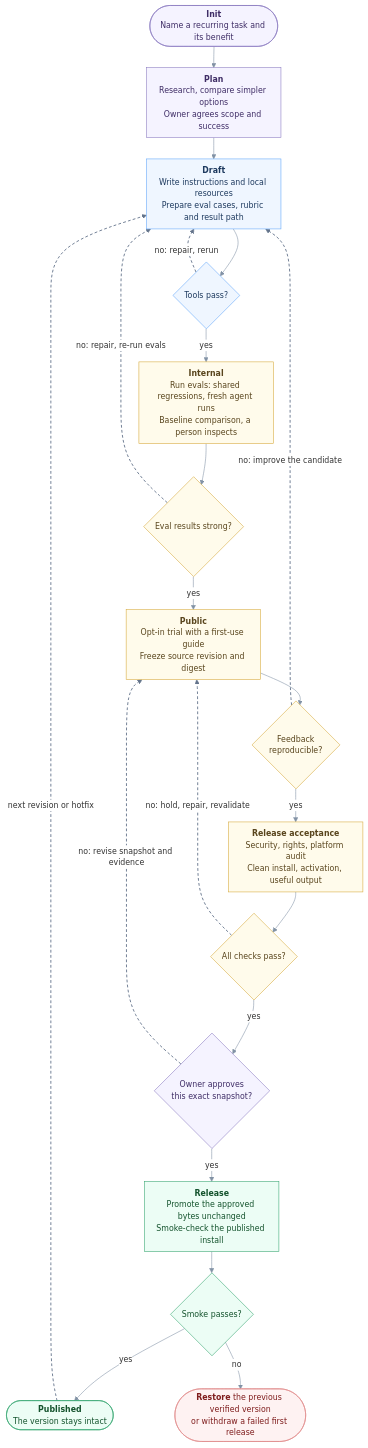
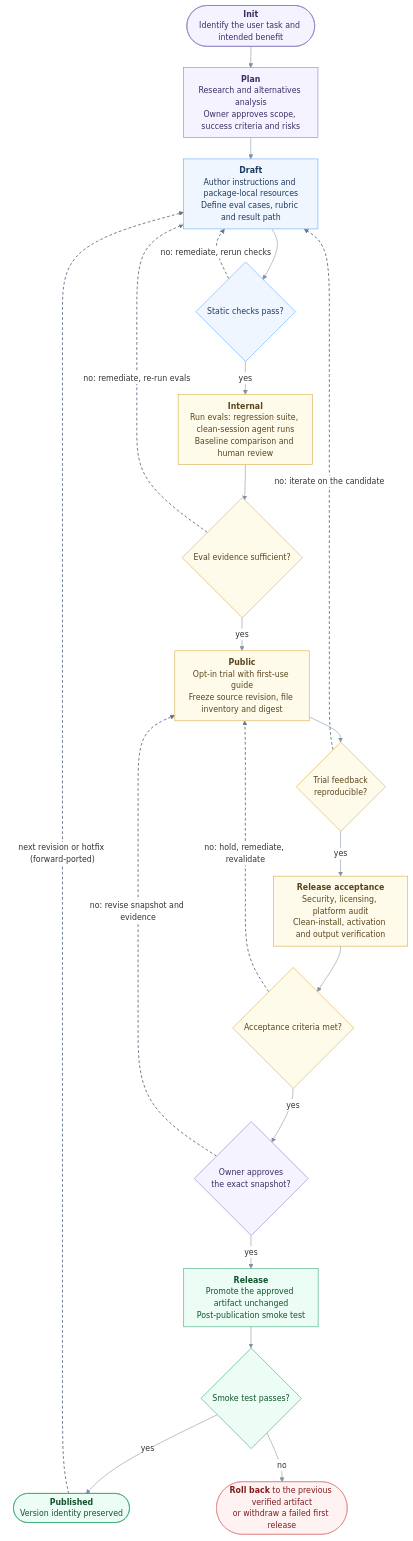
One commit to ClydeShen/skills changed the diagram in knowledge/skill-lifecycle/README.md. Above: the diagram before and after it, drawn with Mermaid. The commit also changed other lines of this file, not shown here.

Commit message:
docs(lifecycle): use professional terms in the lifecycle diagram
Claude-Session: https://claude.ai/code/session_01SA5kRZNw6HYr8hEBAyUCQE

````diff
--- a/knowledge/skill-lifecycle/README.md
+++ b/knowledge/skill-lifecycle/README.md
@@ -19,47 +19,47 @@
 ```mermaid
 %%{init: {"theme": "base", "fontFamily": "Arial, sans-serif", "flowchart": {"curve": "basis", "nodeSpacing": 40, "rankSpacing": 38, "htmlLabels": true, "padding": 10}, "themeVariables": {"fontSize": "14px", "lineColor": "#8292A5", "edgeLabelBackground": "#FFFFFF"}}}%%
 flowchart TB
-    init(["<b>Init</b><br/>Name a recurring task and its benefit"])
-    plan["<b>Plan</b><br/>Research, compare simpler options<br/>Owner agrees scope and success"]
-    draft["<b>Draft</b><br/>Write instructions and local resources<br/>Prepare eval cases, rubric and result path"]
-    d1{"Tools pass?"}
-    internal["<b>Internal</b><br/>Run evals: shared regressions, fresh agent runs<br/>Baseline comparison, a person inspects"]
-    d2{"Eval results strong?"}
-    public["<b>Public</b><br/>Opt-in trial with a first-use guide<br/>Freeze source revision and digest"]
-    d3{"Feedback<br/>reproducible?"}
-    accept["<b>Release acceptance</b><br/>Security, rights, platform audit<br/>Clean install, activation, useful output"]
-    d4{"All checks pass?"}
-    d5{"Owner approves<br/>this exact snapshot?"}
-    release["<b>Release</b><br/>Promote the approved bytes unchanged<br/>Smoke-check the published install"]
-    d6{"Smoke passes?"}
-    live(["<b>Published</b><br/>The version stays intact"])
-    undo(["<b>Restore</b> the previous verified version<br/>or withdraw a failed first release"])
+    init(["<b>Init</b><br/>Identify the user task and intended benefit"])
+    plan["<b>Plan</b><br/>Research and alternatives analysis<br/>Owner approves scope, success criteria and risks"]
+    draft["<b>Draft</b><br/>Author instructions and package-local resources<br/>Define eval cases, rubric and result path"]
+    d1{"Static checks pass?"}
+    internal["<b>Internal</b><br/>Run evals: regression suite, clean-session agent runs<br/>Baseline comparison and human review"]
+    d2{"Eval evidence sufficient?"}
+    public["<b>Public</b><br/>Opt-in trial with first-use guide<br/>Freeze source revision, file inventory and digest"]
+    d3{"Trial feedback<br/>reproducible?"}
+    accept["<b>Release acceptance</b><br/>Security, licensing, platform audit<br/>Clean-install, activation and output verification"]
+    d4{"Acceptance criteria met?"}
+    d5{"Owner approves<br/>the exact snapshot?"}
+    release["<b>Release</b><br/>Promote the approved artifact unchanged<br/>Post-publication smoke test"]
+    d6{"Smoke test passes?"}
+    live(["<b>Published</b><br/>Version identity preserved"])
+    undo(["<b>Roll back</b> to the previous verified artifact<br/>or withdraw a failed first release"])
 
     init --> plan --> draft --> d1
     d1 -- yes --> internal --> d2
     d2 -- yes --> public --> d3
     d3 -- yes --> accept --> d4
     d4 -- yes --> d5
     d5 -- yes --> release --> d6
     d6 -- yes --> live
     d6 -- no --> undo
 
-    d1 -. "no: repair, rerun" .-> draft
-    d2 -. "no: repair, re-run evals" .-> draft
-    d3 -. "no: improve the candidate" .-> draft
-    d4 -. "no: hold, repair, revalidate" .-> public
+    d1 -. "no: remediate, rerun checks" .-> draft
+    d2 -. "no: remediate, re-run evals" .-> draft
+    d3 -. "no: iterate on the candidate" .-> draft
+    d4 -. "no: hold, remediate, revalidate" .-> public
     d5 -. "no: revise snapshot and evidence" .-> public
-    live -. "next revision or hotfix" .-> draft
+    live -. "next revision or hotfix (forward-ported)" .-> draft
 
     classDef person fill:#F5F3FF,stroke:#8B7BC0,color:#3F2D66
     classDef tool fill:#EFF6FF,stroke:#60A5FA,color:#1E3A5F
     classDef evidence fill:#FFFBEB,stroke:#D6A93C,color:#59451D
     classDef stable fill:#ECFDF5,stroke:#34A56F,color:#14532D
     classDef fail fill:#FEF2F2,stroke:#E08A8A,color:#7F1D1D
     class init,plan,d5 person
     class draft,d1 tool
     class internal,public,accept,d2,d3,d4 evidence
     class release,d6,live stable
     class undo fail
     linkStyle 14,15,16,17,18,19 stroke:#64748B,stroke-width:1.6px,stroke-dasharray:5 4
 ```
````
